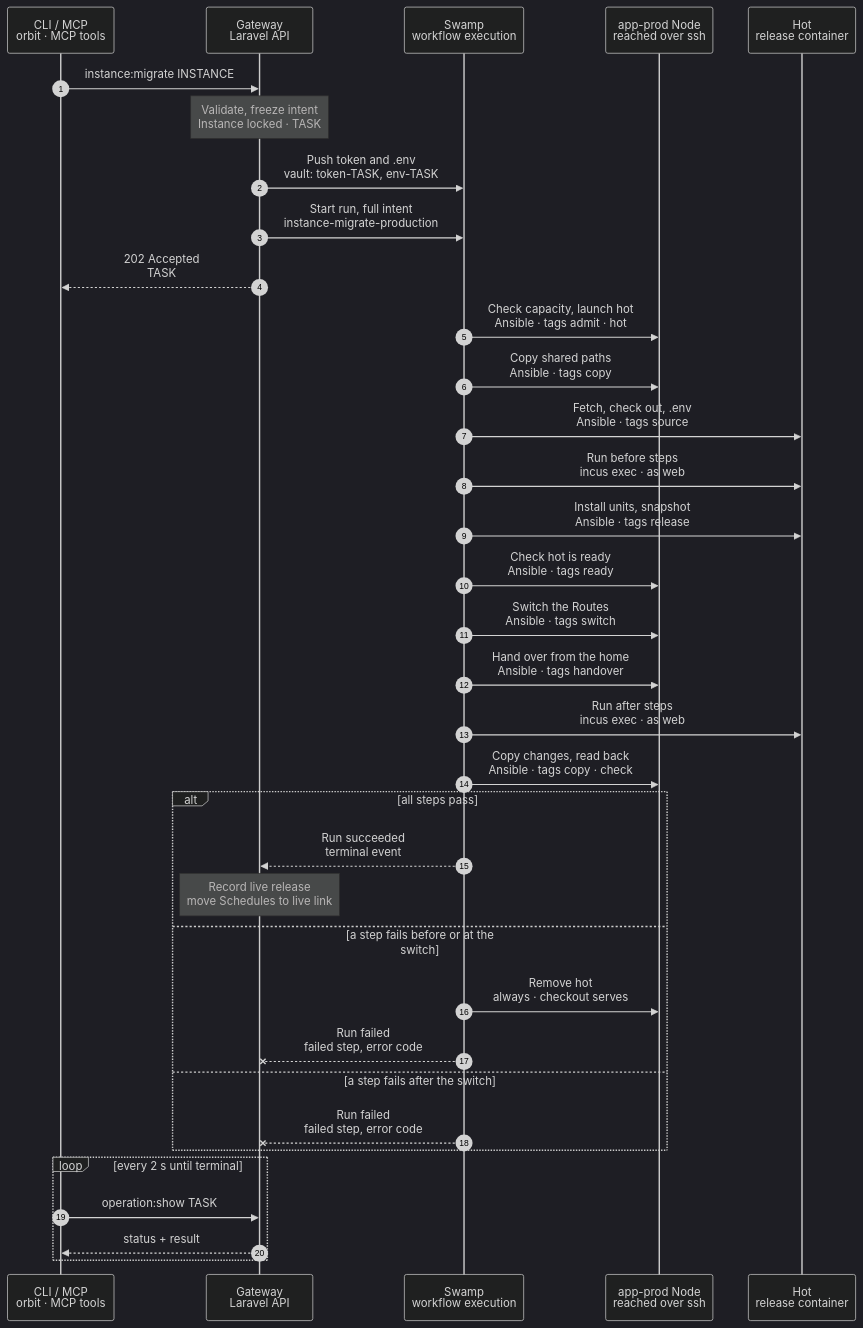
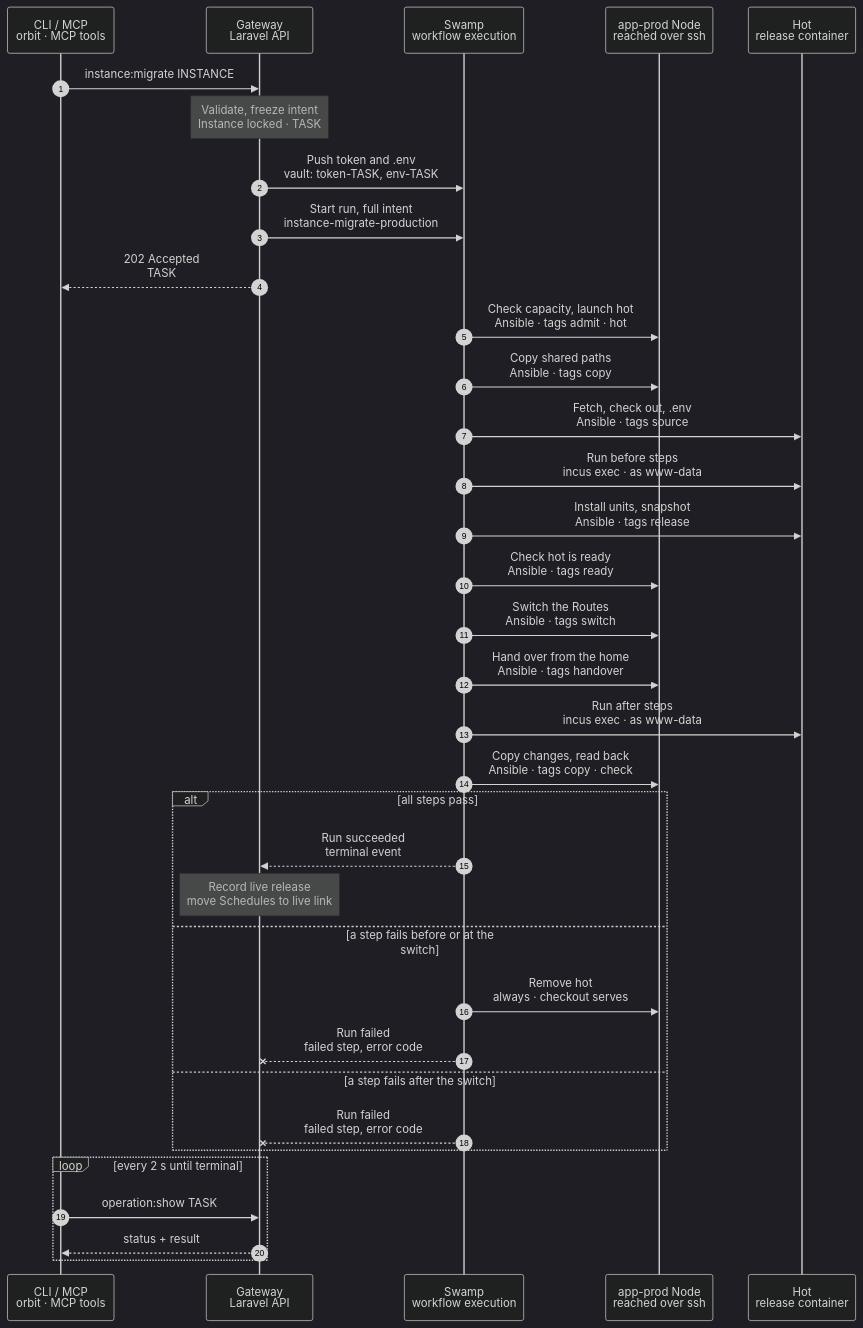
Before and after one commit to hardimpactdev/orbit: the diagram in docs/cli/instance/container/migrate-production.mmd, drawn with Mermaid (dark theme). The commit also changed 12 other files, not shown here.

First line of the commit message:
docs: the app account is the stock www-data; one swap file moves older containers

```diff
--- a/docs/cli/instance/container/migrate-production.mmd
+++ b/docs/cli/instance/container/migrate-production.mmd
@@ -1,98 +1,98 @@
 sequenceDiagram
   %% Target design, production containers (ADR 0263, docs/reference/production-containers.md#a-checkout-production-instance): instance:migrate moves a checkout production Instance into its first release container, a cold hot built at the commit that `current` selects. The checkout serves until the switch. Its native Schedules move to the live link when the run ends; the first deploy after the move copies the shared paths a last time and removes the home (container/deploy-production.mmd). The command exists only until the last checkout Instance has moved (docs/reference/old-paths.md).
   %% status: draft
   %% command: instance:migrate
   %% kind: instance.migrate
   autonumber
   %% lane CLI icon=terminal pill=caller tone=gray
   %% lane GW icon=gateway pill=intent tone=blue
   %% lane SW icon=workflow pill=executes tone=green
   %% lane N icon=server pill=target tone=amber
   %% lane C icon=server pill=target tone=purple
   participant CLI as CLI / MCP<br/>orbit · MCP tools
   participant GW as Gateway<br/>Laravel API
   participant SW as Swamp<br/>workflow execution
   participant N as app-prod Node<br/>reached over ssh
   participant C as Hot<br/>release container
   CLI->>GW: instance:migrate INSTANCE
   %%> Command:
   %%> - `orbit instance:migrate INSTANCE`
   %%> - syntax: `<instance> [--idempotency-key=KEY] [--json]`
   %%> Not included:
   %%> - no downtime prompt: the checkout serves until one Caddy reload switches the Routes
   Note over GW: Validate, freeze intent<br/>Instance locked · TASK
   %%> Requirements:
   %%> - an active checkout production Instance on an `app-prod` Node with the container setup; no open deployment or Process operation
   %%> Freezes:
   %%> - the commit that `current` selects, the steps, the shared paths, the Process and Schedule definitions, the health path and the domain of each Route
   %%> Result:
   %%> - the Instance takes no deployment while the run lasts; its storage volume is recorded
   GW->>SW: Push token and .env<br/>vault: token-TASK, env-TASK
   %%> Why:
   %%> - hot fetches the commit and gets the rendered `.env`; both travel only through the vault
   GW->>SW: Start run, full intent<br/>instance-migrate-production
   %%> What it does:
   %%> - one run; secrets only as vault key names
   GW-->>CLI: 202 Accepted<br/>TASK
   %%> Next:
   %%> - the CLI follows the task until it ends
   SW->>N: Check capacity, launch hot<br/>Ansible · tags admit · hot
   %%> What it does:
   %%> - the capacity check of a deploy, then a cold hot from the image with the storage volume, the memory limit when one is set, and the pinned runtime folder version
   SW->>N: Copy shared paths<br/>Ansible · tags copy
   %%> What it does:
   %%> - copies each shared path of the home, and a SQLite database of the home, into the volume; the checkout still serves
   %%> Why before the steps:
   %%> - a step that makes keys only when they are missing finds the existing keys
   SW->>C: Fetch, check out, .env<br/>Ansible · tags source
   %%> What it does:
   %%> - the source step of a deploy, at the frozen commit
-  SW->>C: Run before steps<br/>incus exec · as web
+  SW->>C: Run before steps<br/>incus exec · as www-data
   %%> What it does:
   %%> - each `before_activation` step; `migrate` finds the schema at this commit and changes nothing
   SW->>C: Install units, snapshot<br/>Ansible · tags release
   %%> What it does:
   %%> - disabled units and timers, then the `release` snapshot, as in a deploy
   SW->>N: Check hot is ready<br/>Ansible · tags ready
   %%> What it does:
   %%> - the readiness of a deploy; on failure `deployment.not_ready`
   SW->>N: Switch the Routes<br/>Ansible · tags switch
   %%> What it does:
   %%> - writes the Instance's upstream file and live link, points each Route's site at the upstream file instead of PHP-FPM and reloads Caddy once
   %%> - requests in progress on PHP-FPM finish there
   SW->>N: Hand over from the home<br/>Ansible · tags handover
   %%> What it does:
   %%> - disables and stops the host Node timers and Process units, with the bounded graceful stop, then the PHP-FPM pool
   %%> - enables and starts the new live's timers and Processes, and turns `boot.autostart` on
-  SW->>C: Run after steps<br/>incus exec · as web
+  SW->>C: Run after steps<br/>incus exec · as www-data
   %%> What it does:
   %%> - each `after_activation` step, in the new live
   SW->>N: Copy changes, read back<br/>Ansible · tags copy · check
   %%> What it does:
   %%> - copies only files the volume lacks or holds in an older version, and deletes none: live already writes there
   %%> - reads back the live link, the upstream file, the commit and the Process states
   alt all steps pass
     SW-->>GW: Run succeeded<br/>terminal event
     Note over GW: Record live release<br/>move Schedules to live link
     %%> Result:
     %%> - the Instance runs in containers; its runtime row is live
     %%> - the Gateway rewrites each native Schedule's workflow for the live link and sets its trigger again, as an Instance transfer does; a fire that started in the home finishes there
     %%> Next:
     %%> - the first deploy after the move copies the shared paths a last time and removes the home
   else a step fails before or at the switch
     SW->>N: Remove hot<br/>always · checkout serves
     %%> What it does:
     %%> - deletes hot; the volume stays and the rerun copies into it again
     %%> - the checkout, its Processes, timers and pool serve as before
     SW--xGW: Run failed<br/>failed step, error code
   else a step fails after the switch
     SW--xGW: Run failed<br/>failed step, error code
     %%> Result:
     %%> - live serves; the home stays unserved
     %%> Retry:
     %%> - run the same command again; it repeats only the handover, the after steps and the copy
   end
   loop every 2 s until terminal
     CLI->>GW: operation:show TASK
     GW-->>CLI: status + result
   end
```
